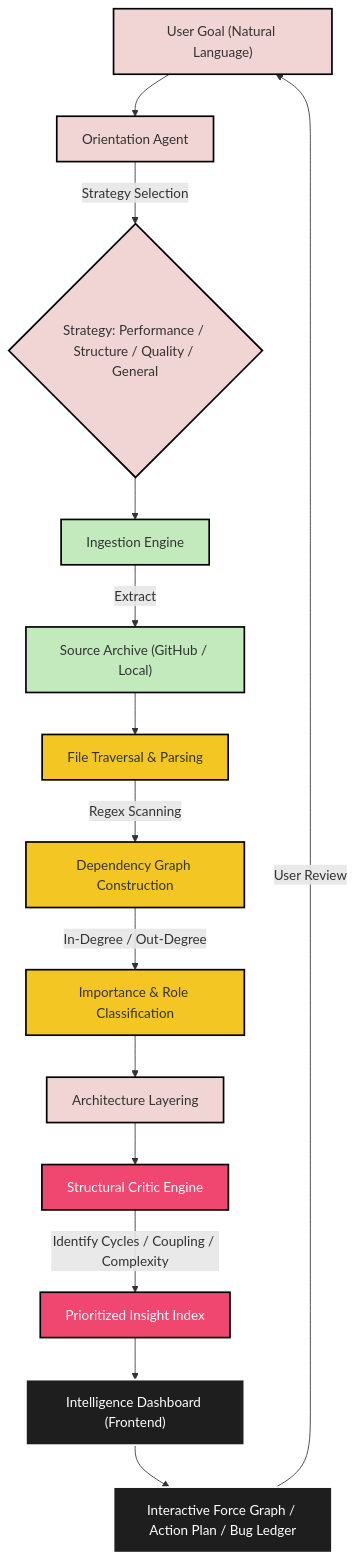
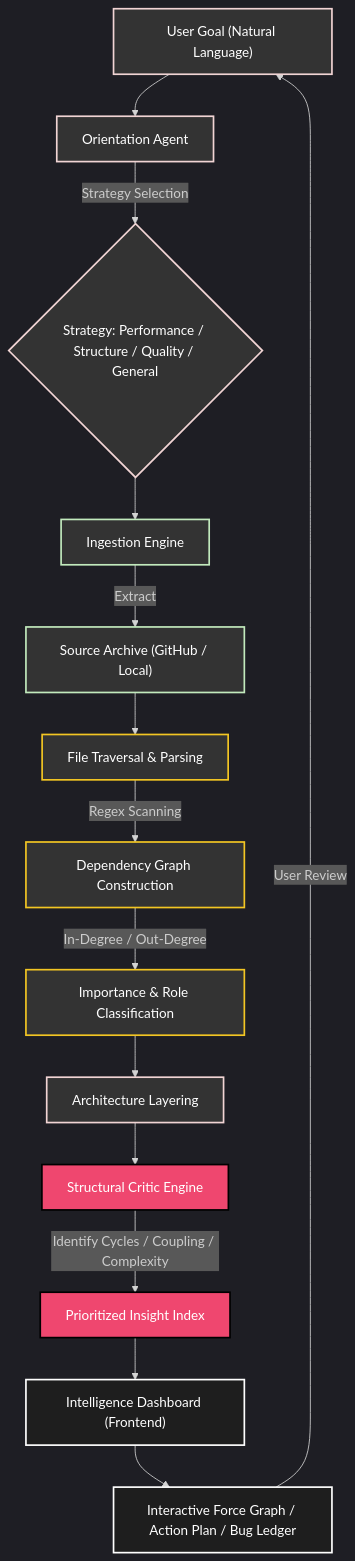
Before and after one commit to tanishrajh/codemap: the diagram in README.md, drawn with Mermaid. The commit also changed other lines of this file and 1 other file, not shown here.

Commit message:
docs: Add HQ workflow image and fix Mermaid visibility in README

````diff
--- a/README.md
+++ b/README.md
@@ -57,41 +61,42 @@
 ```mermaid
+%%{init: {'theme': 'dark', 'themeVariables': { 'primaryColor': '#F1D4D4', 'edgeColor': '#F3C623', 'tertiaryColor': '#C2EABD' }}}%%
 graph TD
     %% Phase 1: User Input & Orientation
     A["User Goal (Natural Language)"] --> B["Orientation Agent"]
     B -->|"Strategy Selection"| C{"Strategy: Performance / Structure / Quality / General"}
 
     %% Phase 2: Ingestion
     C --> D["Ingestion Engine"]
     D -->|"Extract"| E["Source Archive (GitHub / Local)"]
 
     %% Phase 3 & 4: Analysis
     E --> F["File Traversal & Parsing"]
     F -->|"Regex Scanning"| G["Dependency Graph Construction"]
     G -->|"In-Degree / Out-Degree"| H["Importance & Role Classification"]
 
     %% Phase 5 & 6: Intelligence
     H --> I["Architecture Layering"]
     I --> J["Structural Critic Engine"]
     J -->|"Identify Cycles / Coupling / Complexity"| K["Prioritized Insight Index"]
 
     %% Phase 7: Reporting
     K --> L["Intelligence Dashboard (Frontend)"]
     L --> M["Interactive Force Graph / Action Plan / Bug Ledger"]
 
     %% Self-Healing Loop
     M -->|"User Review"| A
     
-    style A fill:#F1D4D4,stroke:#000,stroke-width:2px
-    style B fill:#F1D4D4,stroke:#000,stroke-width:2px
-    style C fill:#F1D4D4,stroke:#000,stroke-width:2px
-    style D fill:#C2EABD,stroke:#000,stroke-width:2px
-    style E fill:#C2EABD,stroke:#000,stroke-width:2px
-    style F fill:#F3C623,stroke:#000,stroke-width:2px
-    style G fill:#F3C623,stroke:#000,stroke-width:2px
-    style H fill:#F3C623,stroke:#000,stroke-width:2px
-    style I fill:#F1D4D4,stroke:#000,stroke-width:2px
+    style A fill:#333,stroke:#F1D4D4,stroke-width:2px,color:#fff
+    style B fill:#333,stroke:#F1D4D4,stroke-width:2px,color:#fff
+    style C fill:#333,stroke:#F1D4D4,stroke-width:2px,color:#fff
+    style D fill:#333,stroke:#C2EABD,stroke-width:2px,color:#fff
+    style E fill:#333,stroke:#C2EABD,stroke-width:2px,color:#fff
+    style F fill:#333,stroke:#F3C623,stroke-width:2px,color:#fff
+    style G fill:#333,stroke:#F3C623,stroke-width:2px,color:#fff
+    style H fill:#333,stroke:#F3C623,stroke-width:2px,color:#fff
+    style I fill:#333,stroke:#F1D4D4,stroke-width:2px,color:#fff
     style J fill:#EF476F,stroke:#000,stroke-width:2px,color:#fff
     style K fill:#EF476F,stroke:#000,stroke-width:2px,color:#fff
     style L fill:#1e1e1e,stroke:#fff,stroke-width:2px,color:#fff
     style M fill:#1e1e1e,stroke:#fff,stroke-width:2px,color:#fff
 ```
````
